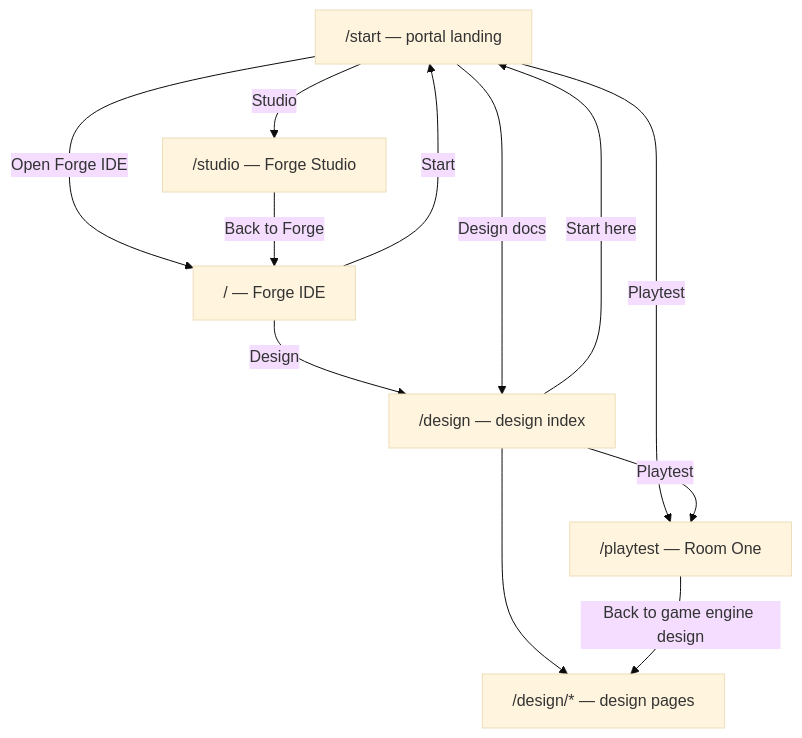
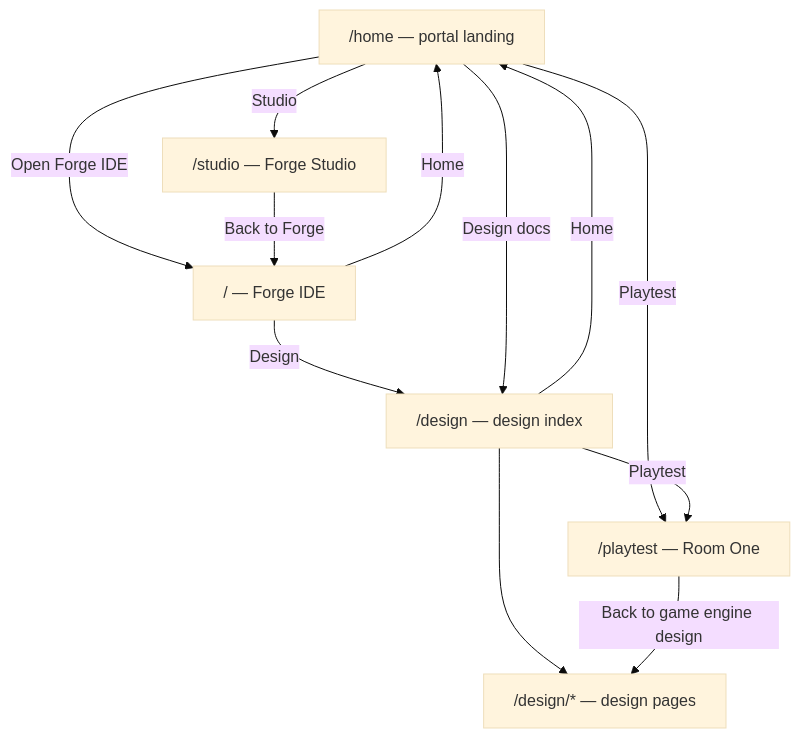
The diagram in docs/architecture/proposals/forge-portal-landing.md (roachmaster/homelab), drawn with Mermaid (base theme) before and after one commit. The commit also changed other lines of this file, not shown here.

Commit message:
Use /home for the portal landing page route

````diff
--- a/docs/architecture/proposals/forge-portal-landing.md
+++ b/docs/architecture/proposals/forge-portal-landing.md
@@ -156,20 +157,20 @@
 ```mermaid
 flowchart TD
-    Start["/start — portal landing"]
+    Home["/home — portal landing"]
     IDE["/ — Forge IDE"]
     Design["/design — design index"]
     Studio["/studio — Forge Studio"]
     Playtest["/playtest — Room One"]
     Docs["/design/* — design pages"]
-    IDE -->|"Start"| Start
+    IDE -->|"Home"| Home
     IDE -->|"Design"| Design
-    Start -->|"Open Forge IDE"| IDE
-    Start -->|"Studio"| Studio
-    Start -->|"Playtest"| Playtest
-    Start -->|"Design docs"| Design
-    Design -->|"Start here"| Start
+    Home -->|"Open Forge IDE"| IDE
+    Home -->|"Studio"| Studio
+    Home -->|"Playtest"| Playtest
+    Home -->|"Design docs"| Design
+    Design -->|"Home"| Home
     Design --> Docs
     Design -->|"Playtest"| Playtest
     Studio -->|"Back to Forge"| IDE
     Playtest -->|"Back to game engine design"| Docs
 ```
````
